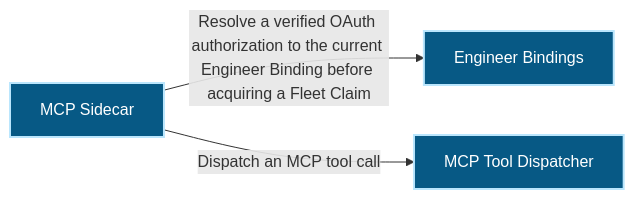
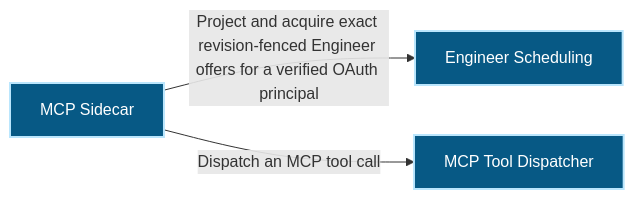
One commit to Ancienttwo/repo-harness changed the first of 3 diagrams in docs/architecture/modules/runtime-harness/mcp-sidecar.md. Above: the diagram before and after it, drawn with Mermaid. The commit also changed other lines of this file and 41 other files, not shown here.

First line of the commit message:
Merge ME-1A engineer scheduling schema

````diff
--- a/docs/architecture/modules/runtime-harness/mcp-sidecar.md
+++ b/docs/architecture/modules/runtime-harness/mcp-sidecar.md
@@ -15,12 +15,12 @@
 ```mermaid
 flowchart LR
-  p1_capability_runtime_harness_engineer_bindings_34c00f72["Engineer Bindings"]:::component
+  p1_capability_runtime_harness_engineer_scheduling_022bd8e0["Engineer Scheduling"]:::component
   p1_capability_runtime_harness_mcp_sidecar_4e12aaf3["MCP Sidecar"]:::component
   p1_component_mcp_sidecar_primary_8f9b418c["MCP Tool Dispatcher"]:::component
-  p1_capability_runtime_harness_mcp_sidecar_4e12aaf3 -->|"Resolve a verified OAuth authorization to the current Engineer Binding before acquiring a Fleet Claim"| p1_capability_runtime_harness_engineer_bindings_34c00f72
+  p1_capability_runtime_harness_mcp_sidecar_4e12aaf3 -->|"Project and acquire exact revision-fenced Engineer offers for a verified OAuth principal"| p1_capability_runtime_harness_engineer_scheduling_022bd8e0
   p1_capability_runtime_harness_mcp_sidecar_4e12aaf3 -->|"Dispatch an MCP tool call"| p1_component_mcp_sidecar_primary_8f9b418c
   classDef actor fill:#111827,color:#ffffff,stroke:#f9fafb,stroke-width:2px
   classDef component fill:#075985,color:#ffffff,stroke:#bae6fd,stroke-width:2px
   classDef datastore fill:#3f6212,color:#ffffff,stroke:#d9f99d,stroke-width:2px
   classDef external fill:#7c2d12,color:#ffffff,stroke:#fed7aa,stroke-width:2px
 ```
````
